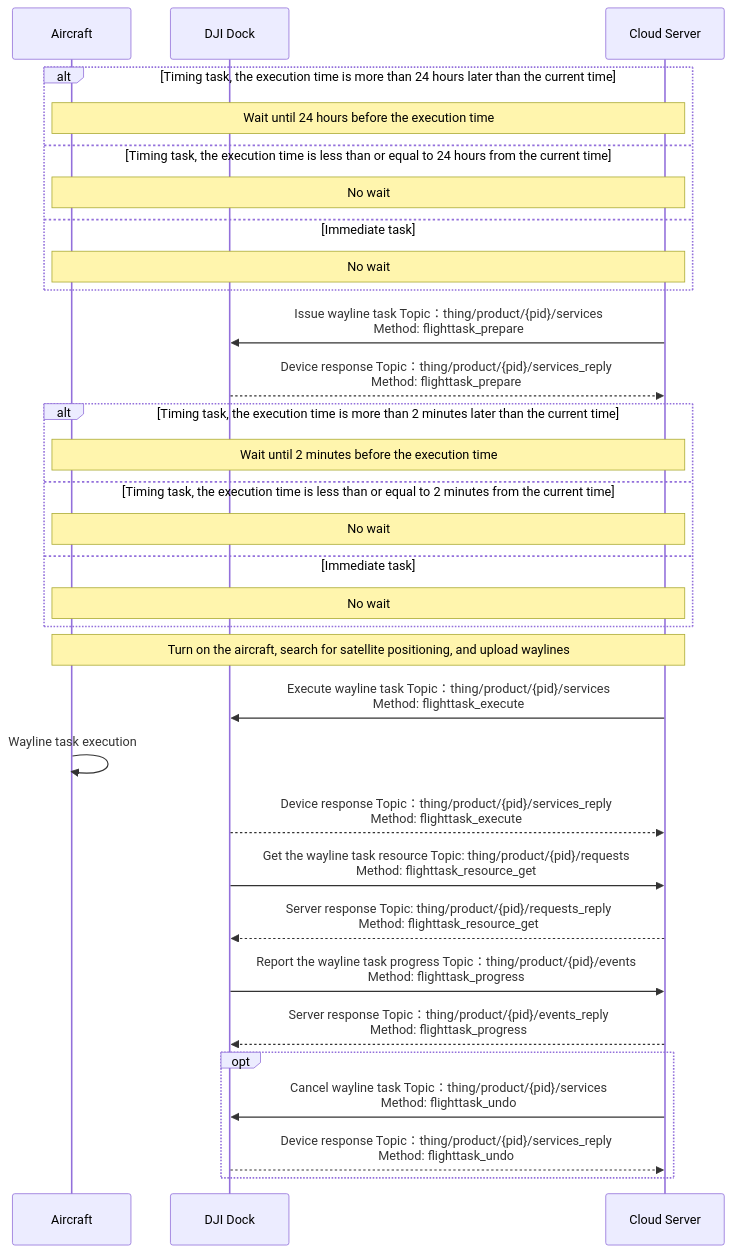
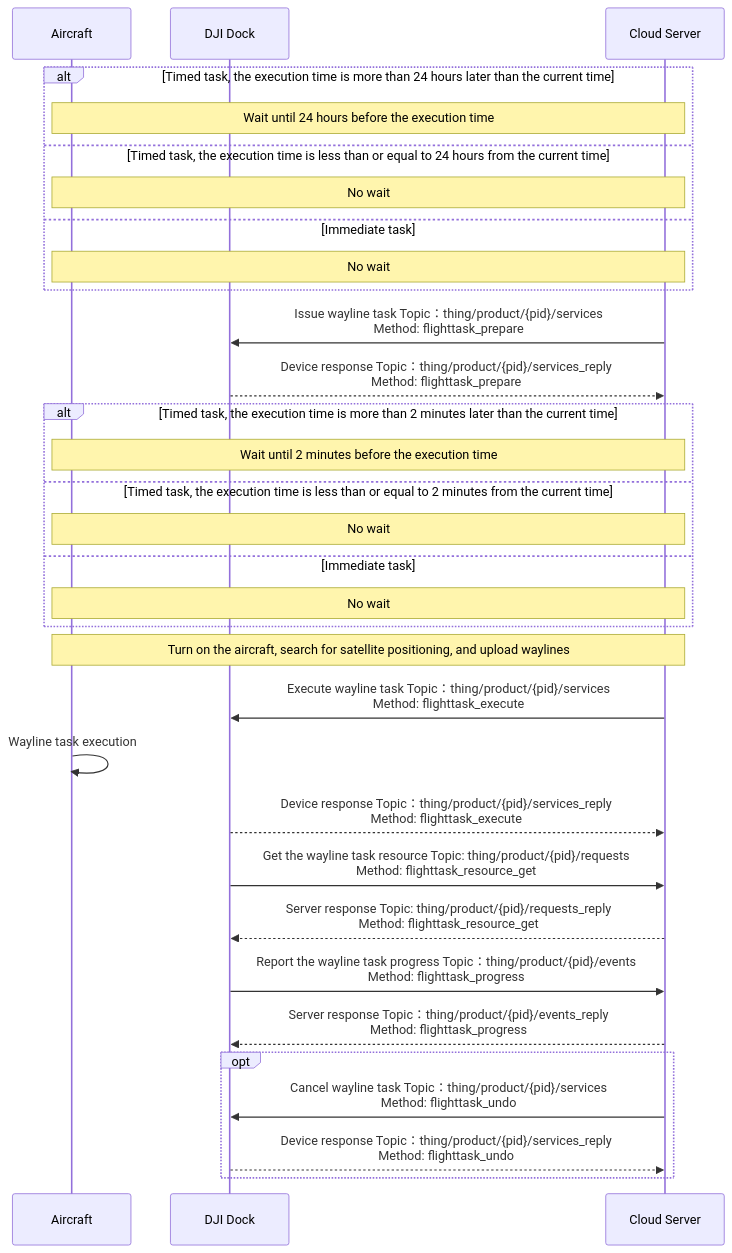
One commit to dji-sdk/Cloud-API-Doc changed the first of 2 diagrams in docs/en/30.feature-set/20.dock-feature-set/50.dock-wayline-management.md. Above: the diagram before and after it, drawn with Mermaid. The commit also changed other lines of this file and 43 other files, not shown here.

````diff
--- a/docs/en/30.feature-set/20.dock-feature-set/50.dock-wayline-management.md
+++ b/docs/en/30.feature-set/20.dock-feature-set/50.dock-wayline-management.md
@@ -13,44 +14,44 @@
 ```mermaid
 sequenceDiagram
 
 participant object as Aircraft
 participant client  as DJI Dock
 participant server as Cloud Server
 
-alt Timing task, the execution time is more than 24 hours later than the current time
+alt Timed task, the execution time is more than 24 hours later than the current time
 note over object,server: Wait until 24 hours before the execution time
-else Timing task, the execution time is less than or equal to 24 hours from the current time
+else Timed task, the execution time is less than or equal to 24 hours from the current time
 note over object,server: No wait
 else Immediate task
 note over object,server: No wait
 end
 
 server ->> client: Issue wayline task Topic：thing/product/{pid}/services<br/>Method: flighttask_prepare
 client -->> server: Device response Topic：thing/product/{pid}/services_reply<br/>Method: flighttask_prepare
 
-alt Timing task, the execution time is more than 2 minutes later than the current time
+alt Timed task, the execution time is more than 2 minutes later than the current time
 note over object,server: Wait until 2 minutes before the execution time
-else Timing task, the execution time is less than or equal to 2 minutes from the current time
+else Timed task, the execution time is less than or equal to 2 minutes from the current time
 note over object,server: No wait
 else Immediate task
 note over object,server: No wait
 end
 
 note over object,server: Turn on the aircraft, search for satellite positioning, and upload waylines
 server ->> client: Execute wayline task Topic：thing/product/{pid}/services<br/>Method: flighttask_execute
 object ->> object: Wayline task execution
 client -->> server: Device response Topic：thing/product/{pid}/services_reply<br/>Method: flighttask_execute
 
 
 client ->> server: Get the wayline task resource Topic: thing/product/{pid}/requests<br/>Method: flighttask_resource_get
 server -->> client: Server response Topic: thing/product/{pid}/requests_reply<br/>Method: flighttask_resource_get
 
 
 client ->> server: Report the wayline task progress Topic：thing/product/{pid}/events<br/>Method: flighttask_progress
 server -->> client: Server response Topic：thing/product/{pid}/events_reply<br/>Method: flighttask_progress
 
 opt
 server ->> client: Cancel wayline task Topic：thing/product/{pid}/services<br/>Method: flighttask_undo
 client -->> server: Device response Topic：thing/product/{pid}/services_reply<br/>Method: flighttask_undo
 end
 ```
````
